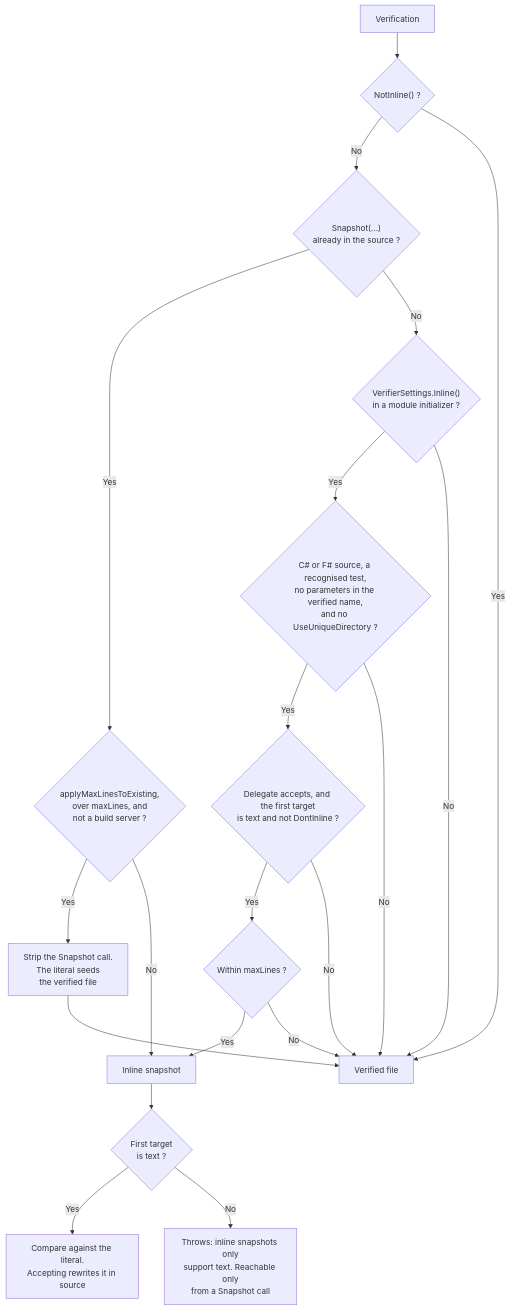
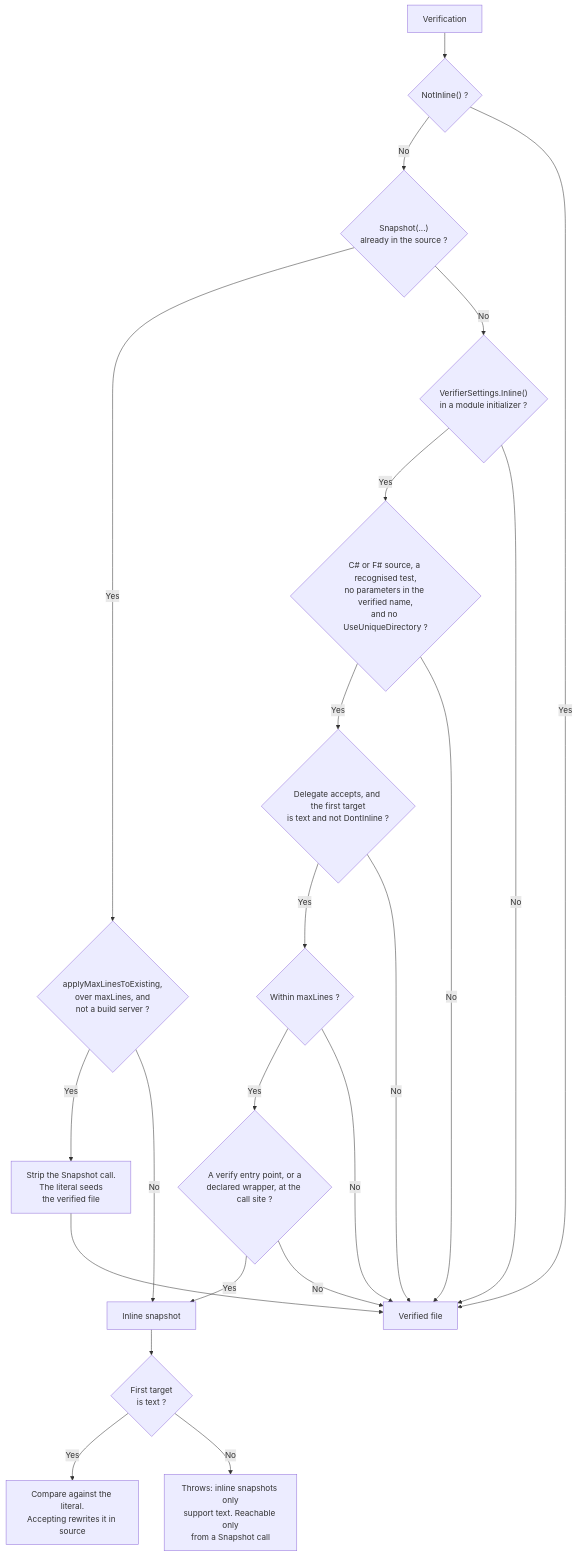
One commit to VerifyTests/Verify changed the diagram in docs/inline-snapshots.md. Above: the diagram before and after it, drawn with Mermaid. The commit also changed other lines of this file and 13 other files, not shown here.

````diff
--- a/docs/inline-snapshots.md
+++ b/docs/inline-snapshots.md
@@ -225,48 +268,52 @@
 ```mermaid
 graph TD
 start["Verification"]
 notInline{"NotInline() ?"}
 start-->notInline
 
 literal{"Snapshot(...)<br/>already in the source ?"}
 notInline-- No -->literal
 
 existing{"applyMaxLinesToExisting,<br/>over maxLines, and<br/>not a build server ?"}
 literal-- Yes -->existing
 
 migrate["Strip the Snapshot call.<br/>The literal seeds<br/>the verified file"]
 existing-- Yes -->migrate
 
 globalSwitch{"VerifierSettings.Inline()<br/>in a module initializer ?"}
 literal-- No -->globalSwitch
 
 compatible{"C# or F# source, a recognised test,<br/>no parameters in the verified name,<br/>and no UseUniqueDirectory ?"}
 globalSwitch-- Yes -->compatible
 
 accepted{"Delegate accepts, and the first target<br/>is text and not DontInline ?"}
 compatible-- Yes -->accepted
 
 within{"Within maxLines ?"}
 accepted-- Yes -->within
 
+callSite{"A verify entry point, or a<br/>declared wrapper, at the call site ?"}
+within-- Yes -->callSite
+
 inline["Inline snapshot"]
-within-- Yes -->inline
+callSite-- Yes -->inline
 existing-- No -->inline
 
 isText{"First target<br/>is text ?"}
 inline-->isText
 
 compare["Compare against the literal.<br/>Accepting rewrites it in source"]
 isText-- Yes -->compare
 
 throws["Throws: inline snapshots only<br/>support text. Reachable only<br/>from a Snapshot call"]
 isText-- No -->throws
 
 file["Verified file"]
 notInline-- Yes -->file
 migrate-->file
 globalSwitch-- No -->file
 compatible-- No -->file
 accepted-- No -->file
 within-- No -->file
+callSite-- No -->file
 ```
````
